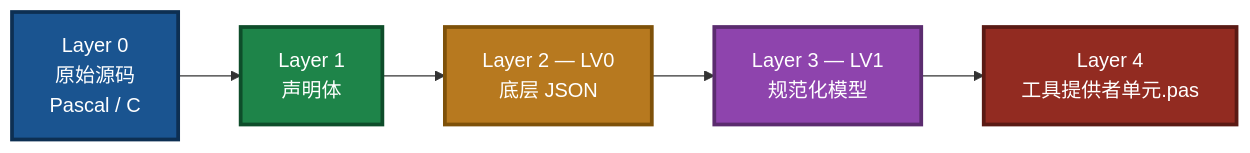
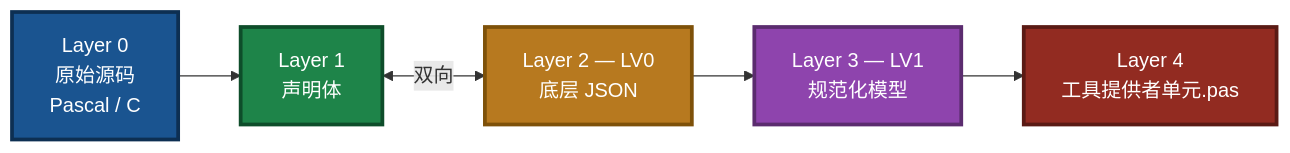
One commit to PassByYou888/LingoFuse-pasAgent changed the eighth of 9 diagrams in readme.md. Above: the diagram before and after it, drawn with Mermaid. The commit also changed other lines of this file, not shown here.

````diff
--- a/readme.md
+++ b/readme.md
@@ -229,13 +213,13 @@
 ```mermaid
 flowchart LR
     L0["Layer 0<br/>原始源码<br/>Pascal / C"] --> L1["Layer 1<br/>声明体"]
-    L1 --> L2["Layer 2 — LV0<br/>底层 JSON"]
+    L1 <-->|双向| L2["Layer 2 — LV0<br/>底层 JSON"]
     L2 --> L3["Layer 3 — LV1<br/>规范化模型"]
     L3 --> L4["Layer 4<br/>工具提供者单元.pas"]
 
     style L0 fill:#1A5490,stroke:#0D2F52,stroke-width:3px,color:#FFFFFF
     style L1 fill:#1E8449,stroke:#0E4D2A,stroke-width:3px,color:#FFFFFF
     style L2 fill:#B7791F,stroke:#7E5109,stroke-width:3px,color:#FFFFFF
     style L3 fill:#8E44AD,stroke:#5B2C6F,stroke-width:3px,color:#FFFFFF
     style L4 fill:#922B21,stroke:#5A1A14,stroke-width:3px,color:#FFFFFF
 ```
````
